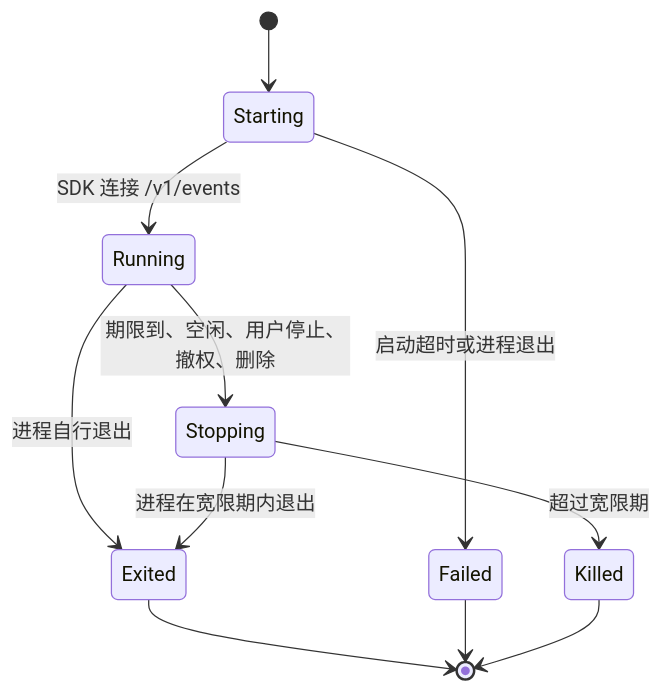
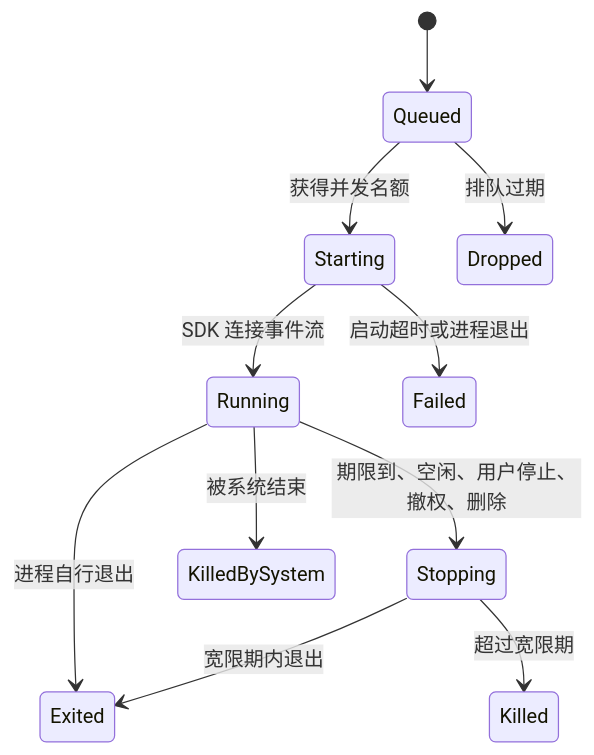
One commit to ytlog/mobby changed the second of 4 diagrams in docs/design/program-platform-architecture.md. Above: the diagram before and after it, drawn with Mermaid. The commit also changed other lines of this file and 2 other files, not shown here.

First line of the commit message:
docs: consolidate program platform proposal and rewrite architecture

````diff
--- a/docs/design/program-platform-architecture.md
+++ b/docs/design/program-platform-architecture.md
@@ -234,13 +250,13 @@
 ```mermaid
 stateDiagram-v2
-    [*] --> Starting
-    Starting --> Running: SDK 连接 /v1/events
+    [*] --> Queued
+    Queued --> Starting: 获得并发名额
+    Queued --> Dropped: 排队过期
+    Starting --> Running: SDK 连接事件流
     Starting --> Failed: 启动超时或进程退出
     Running --> Stopping: 期限到、空闲、用户停止、撤权、删除
     Running --> Exited: 进程自行退出
-    Stopping --> Exited: 进程在宽限期内退出
+    Running --> KilledBySystem: 被系统结束
+    Stopping --> Exited: 宽限期内退出
     Stopping --> Killed: 超过宽限期
-    Exited --> [*]
-    Failed --> [*]
-    Killed --> [*]
 ```
````
